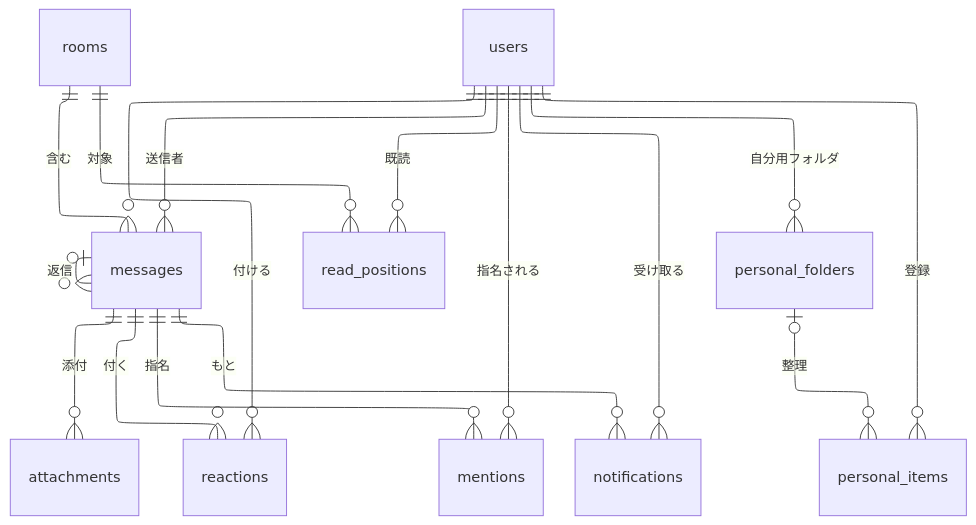
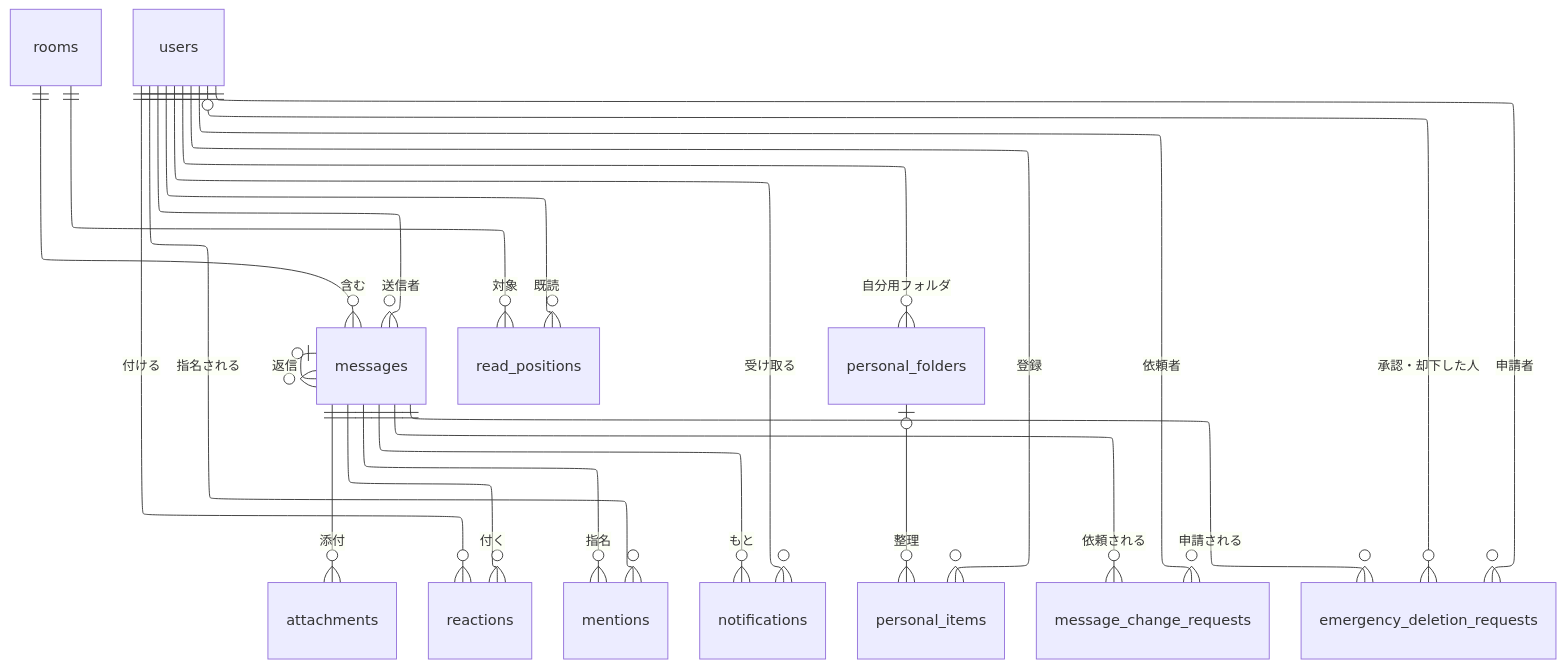
One commit to yamamotonaoki3/internal-system changed the fourth of 8 diagrams in docs/requirements/data-model.md. Above: the diagram before and after it, drawn with Mermaid. The commit also changed other lines of this file and 10 other files, not shown here.

````diff
--- a/docs/requirements/data-model.md
+++ b/docs/requirements/data-model.md
@@ -118,22 +120,27 @@
 ```mermaid
 ---
 config:
   layout: elk
 ---
 erDiagram
     rooms ||--o{ messages : "含む"
     users ||--o{ messages : "送信者"
     messages |o--o{ messages : "返信"
     messages ||--o{ attachments : "添付"
     messages ||--o{ reactions : "付く"
     users ||--o{ reactions : "付ける"
     messages ||--o{ mentions : "指名"
     users ||--o{ mentions : "指名される"
     users ||--o{ read_positions : "既読"
     rooms ||--o{ read_positions : "対象"
     users ||--o{ notifications : "受け取る"
     messages ||--o{ notifications : "もと"
     users ||--o{ personal_items : "登録"
     users ||--o{ personal_folders : "自分用フォルダ"
     personal_folders |o--o{ personal_items : "整理"
+    messages ||--o{ message_change_requests : "依頼される"
+    users ||--o{ message_change_requests : "依頼者"
+    messages ||--o{ emergency_deletion_requests : "申請される"
+    users ||--o{ emergency_deletion_requests : "申請者"
+    users |o--o{ emergency_deletion_requests : "承認・却下した人"
 ```
````
